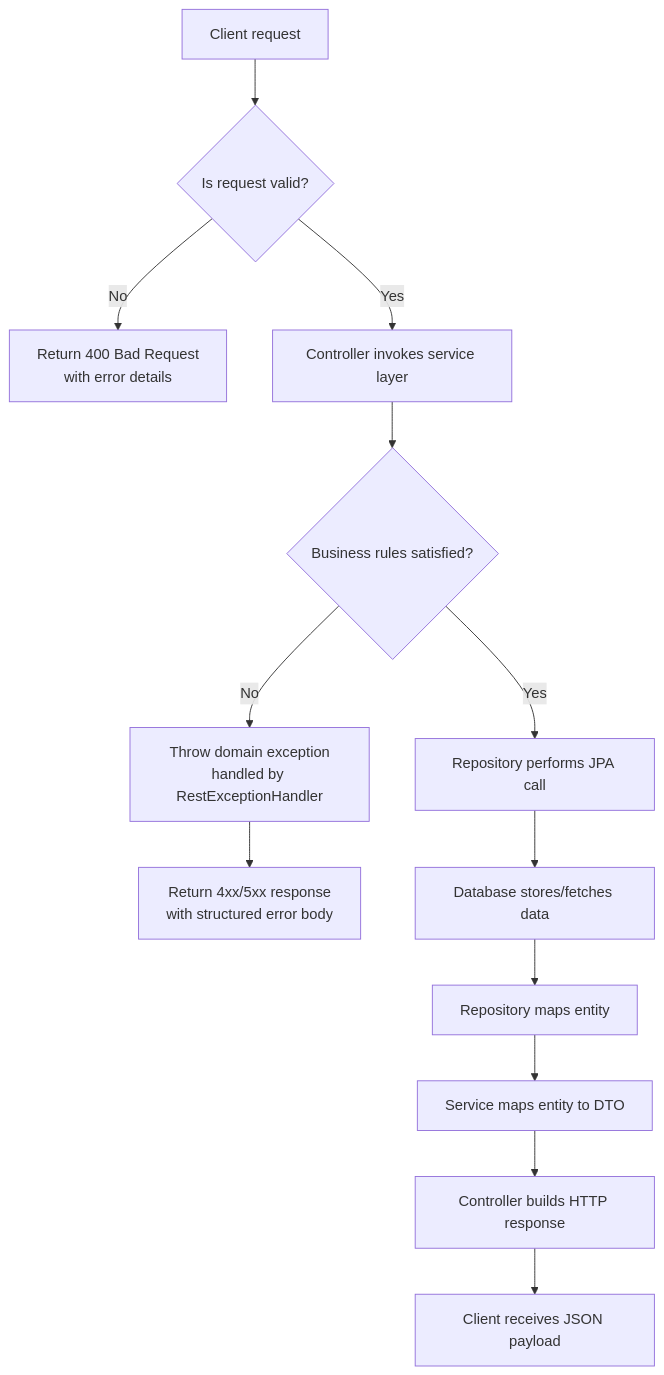
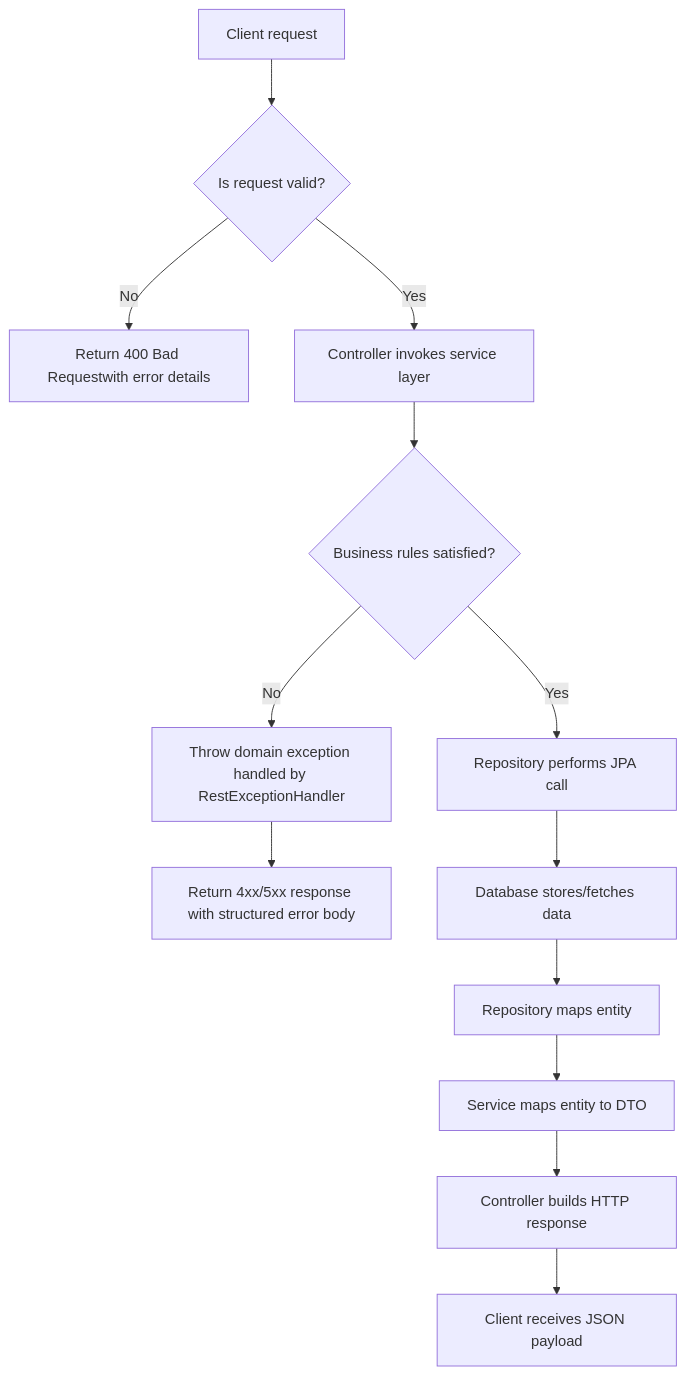
Before and after one commit to genzitizens/TaskManagement-Backend: the second of 2 diagrams in docs/client-interaction.md, drawn with Mermaid.

Commit message:
Updated Read Me Doc

````diff
--- a/docs/client-interaction.md
+++ b/docs/client-interaction.md
@@ -30,15 +30,15 @@
 ```mermaid
 flowchart TD
     A[Client request] --> B{Is request valid?}
-    B -- No --> E[Return 400 Bad Request\nwith error details]
+    B -- No --> E[Return 400 Bad Requestwith error details]
     B -- Yes --> C[Controller invokes service layer]
     C --> D{Business rules satisfied?}
-    D -- No --> F[Throw domain exception\nhandled by RestExceptionHandler]
-    F --> G[Return 4xx/5xx response\nwith structured error body]
+    D -- No --> F[Throw domain exception handled by RestExceptionHandler]
+    F --> G[Return 4xx/5xx response with structured error body]
     D -- Yes --> H[Repository performs JPA call]
     H --> I[Database stores/fetches data]
     I --> J[Repository maps entity]
     J --> K[Service maps entity to DTO]
     K --> L[Controller builds HTTP response]
     L --> M[Client receives JSON payload]
 ```
````
